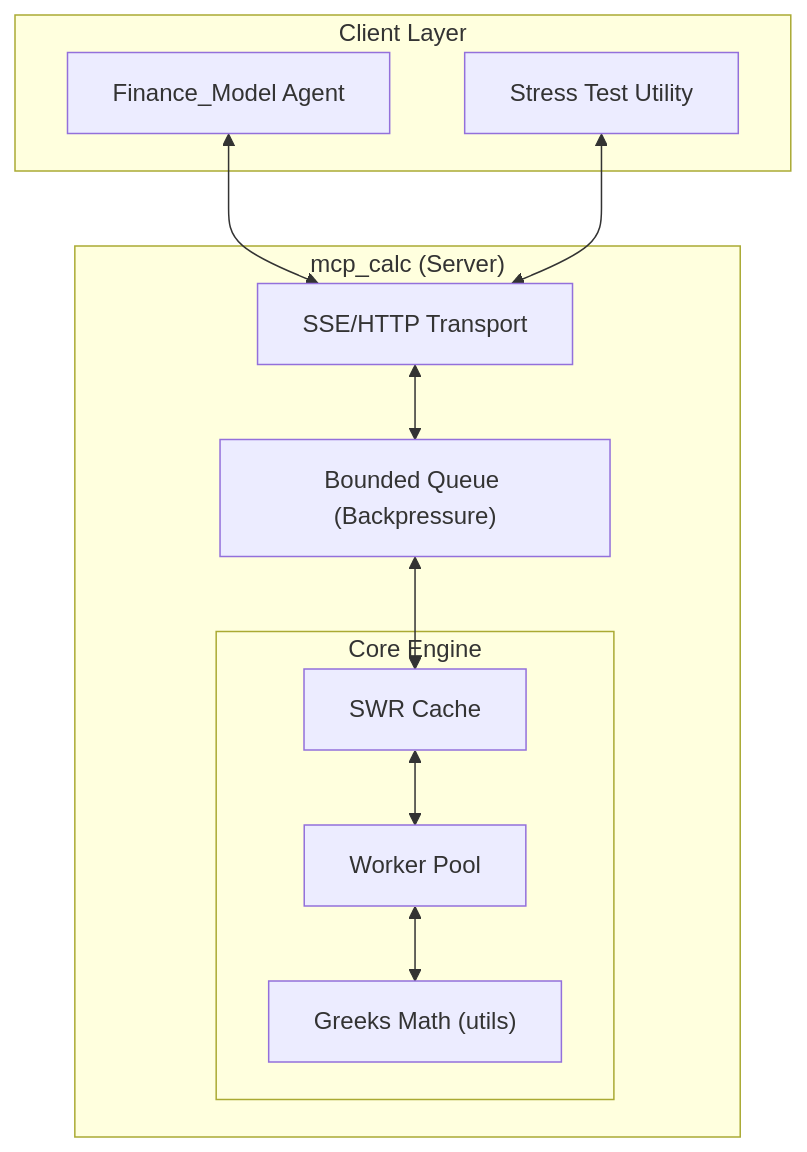
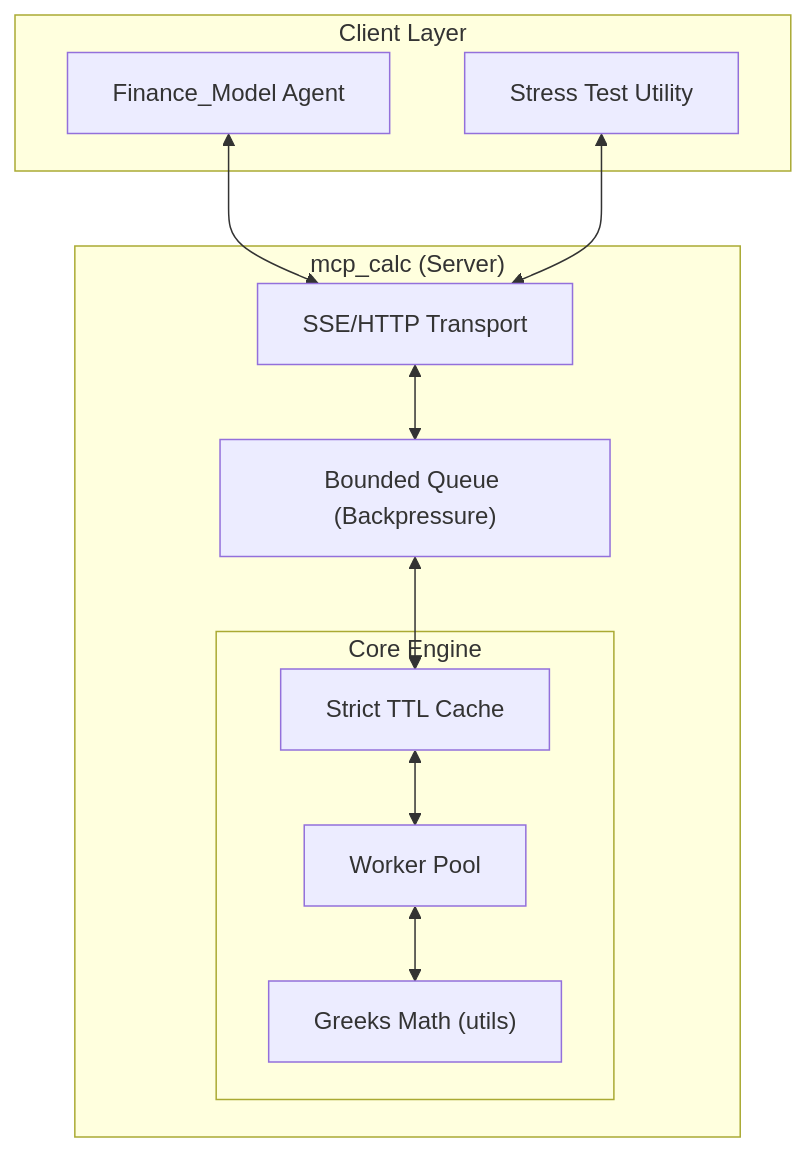
The diagram in README.md (npav35/mcp_calc), drawn with Mermaid before and after one commit. The commit also changed other lines of this file and 1 other file, not shown here.

````diff
--- a/README.md
+++ b/README.md
@@ -16,25 +16,25 @@
 ```mermaid
 graph TD
     subgraph Client_Layer ["Client Layer"]
         A["Finance_Model Agent"]
         B["Stress Test Utility"]
     end
 
     subgraph MCP_Server ["mcp_calc (Server)"]
         C["SSE/HTTP Transport"]
         D["Bounded Queue (Backpressure)"]
         
         subgraph Engine ["Core Engine"]
-            E["SWR Cache"]
+            E["Strict TTL Cache"]
             F["Worker Pool"]
             G["Greeks Math (utils)"]
         end
     end
 
     A <--> C
     B <--> C
     C <--> D
     D <--> E
     E <--> F
     F <--> G
 ```
````
